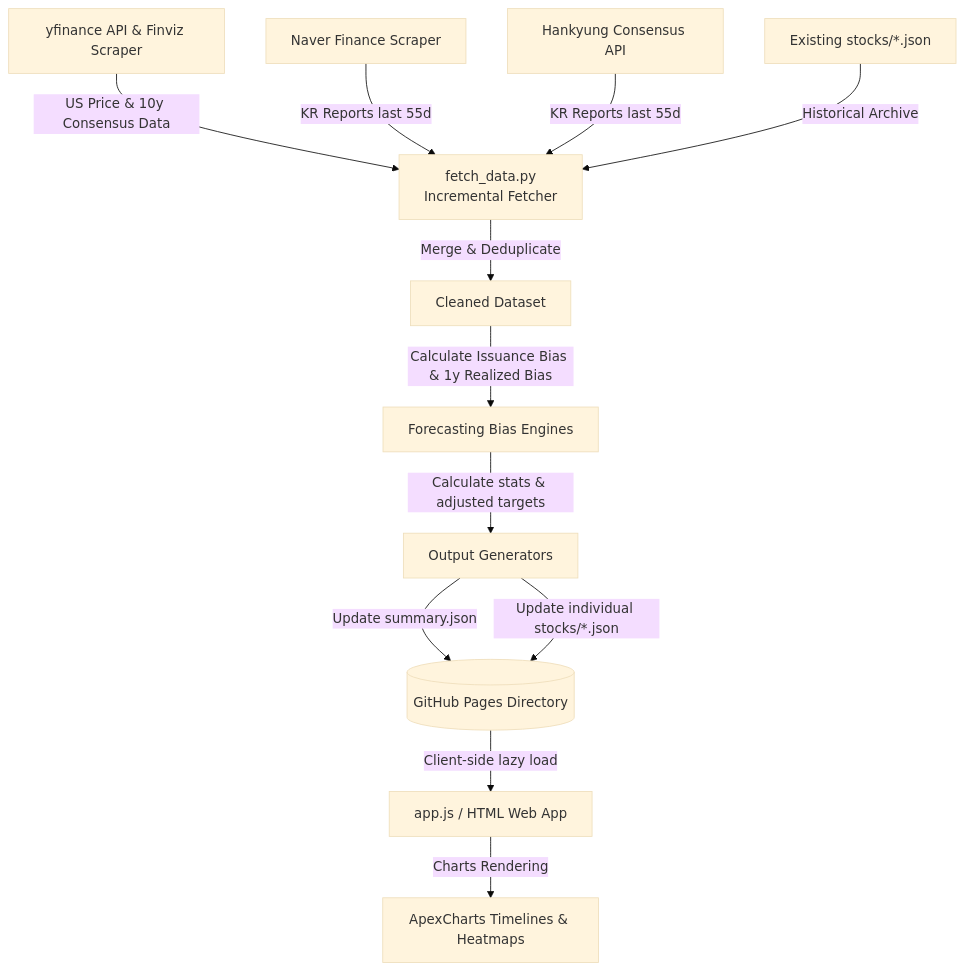
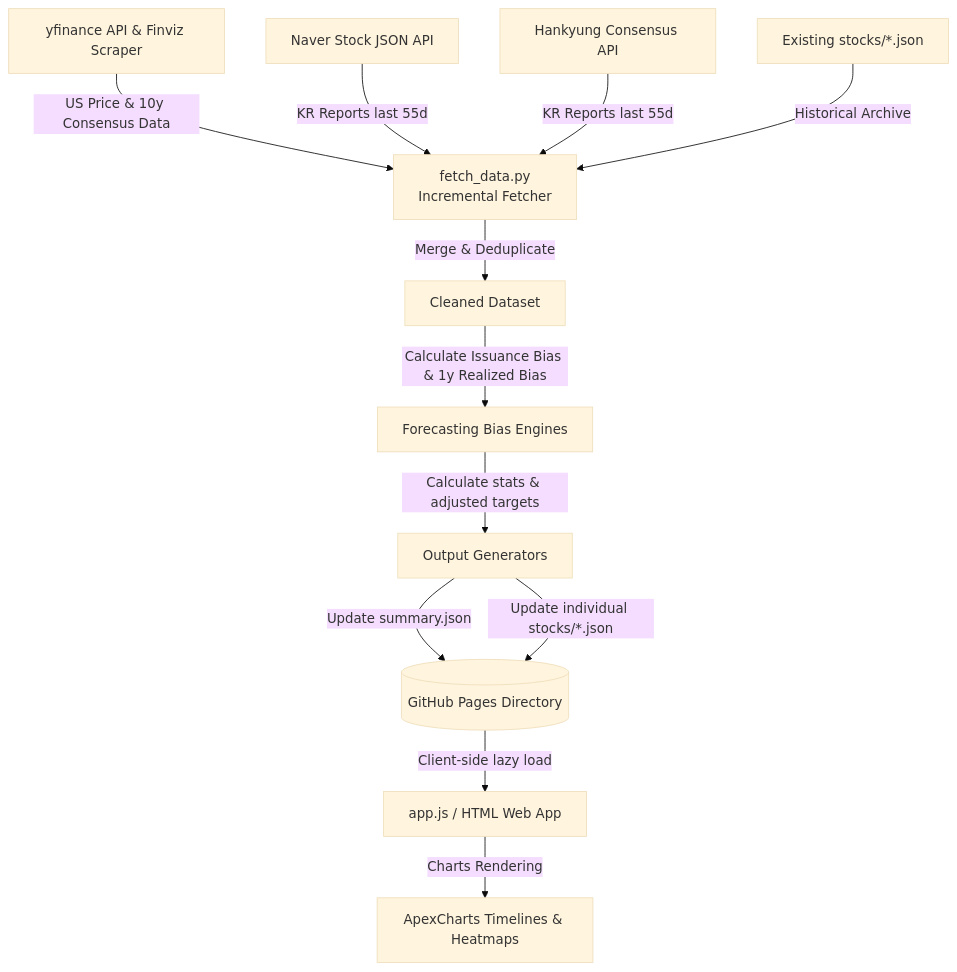
The second of 2 diagrams in README.md (eljja/Consensus), drawn with Mermaid (base theme) before and after one commit. The commit also changed other lines of this file and 52 other files, not shown here.

Commit message:
feat: upgrade DB pipeline (Naver JSON API, live FX, heatmap bias fix), Hybrid v2 forecast model, and UX/GUI

````diff
--- a/README.md
+++ b/README.md
@@ -166,14 +167,14 @@
 ```mermaid
 graph TD
     A[yfinance API & Finviz Scraper] -->|US Price & 10y Consensus Data| D[fetch_data.py <br>Incremental Fetcher]
-    B[Naver Finance Scraper] -->|KR Reports last 55d| D
+    B[Naver Stock JSON API] -->|KR Reports last 55d| D
     C[Hankyung Consensus API] -->|KR Reports last 55d| D
     E[Existing stocks/*.json] -->|Historical Archive| D
     D -->|Merge & Deduplicate| F[Cleaned Dataset]
     F -->|Calculate Issuance Bias & 1y Realized Bias| G[Forecasting Bias Engines]
     G -->|Calculate stats & adjusted targets| H[Output Generators]
     H -->|Update summary.json| I[(GitHub Pages Directory)]
     H -->|Update individual stocks/*.json| I
     I -->|Client-side lazy load| J[app.js / HTML Web App]
     J -->|Charts Rendering| K[ApexCharts Timelines & Heatmaps]
 ```
````
